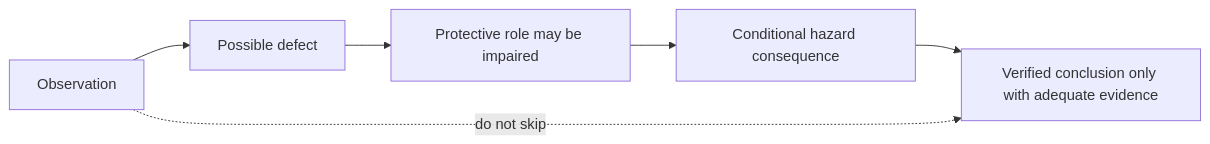
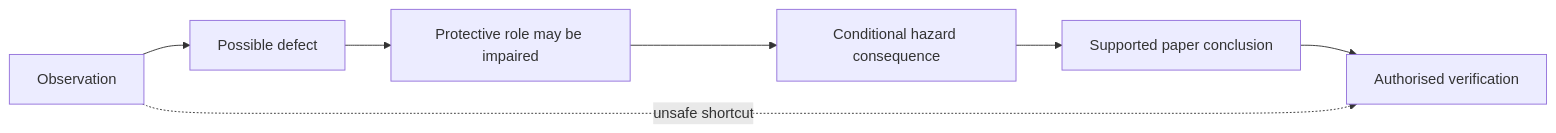
One commit to andrew3stedall/capstone changed the second of 3 diagrams in docs/learning-plans/6-week/modules/day-13-earthing-defect-scenarios-and-consequence-analysis.md. Above: the diagram before and after it, drawn with Mermaid. The commit also changed other lines of this file, not shown here.

Commit message:
Improve Day 13 earthing defect consequence analysis

````diff
--- a/docs/learning-plans/6-week/modules/day-13-earthing-defect-scenarios-and-consequence-analysis.md
+++ b/docs/learning-plans/6-week/modules/day-13-earthing-defect-scenarios-and-consequence-analysis.md
@@ -157,9 +201,9 @@
 ```mermaid
 flowchart LR
     O[Observation] --> P[Possible defect]
     P --> R[Protective role may be impaired]
     R --> C[Conditional hazard consequence]
-    C --> V[Verified conclusion only with adequate evidence]
-
-    O -. do not skip .-> V
+    C --> S[Supported paper conclusion]
+    S --> V[Authorised verification]
+    O -. unsafe shortcut .-> V
 ```
````
